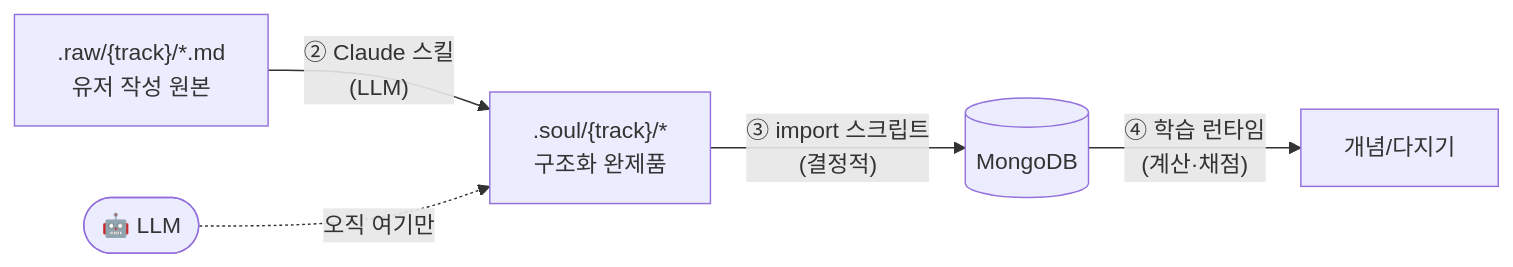
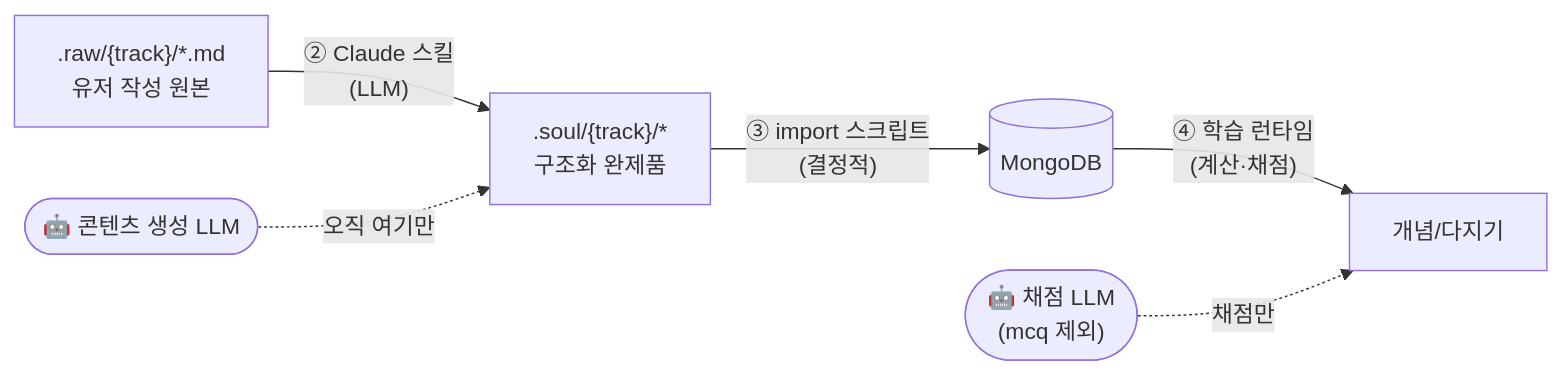
Before and after one commit to genie49/study-anything: the diagram in docs/data-pipeline.md, drawn with Mermaid. The commit also changed other lines of this file and 6 other files, not shown here.

````diff
--- a/docs/data-pipeline.md
+++ b/docs/data-pipeline.md
@@ -21,7 +23,8 @@
 ```mermaid
 flowchart LR
   RAW[".raw/{track}/*.md<br/>유저 작성 원본"] -->|"② Claude 스킬<br/>(LLM)"| SOUL[".soul/{track}/*<br/>구조화 완제품"]
   SOUL -->|"③ import 스크립트<br/>(결정적)"| DB[("MongoDB")]
   DB -->|"④ 학습 런타임<br/>(계산·채점)"| APP["개념/다지기"]
-  LLM(["🤖 LLM"]) -.오직 여기만.-> SOUL
+  GEN(["🤖 콘텐츠 생성 LLM"]) -.오직 여기만.-> SOUL
+  JUDGE(["🤖 채점 LLM<br/>(mcq 제외)"]) -.채점만.-> APP
 ```
````
